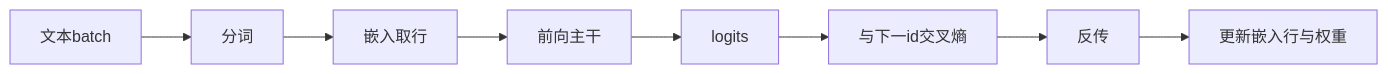
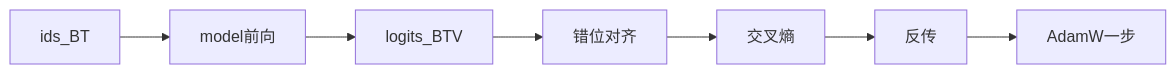
The diagram in web/src/content/beginner/cn/pretrain.md (chaxus/arche), drawn with Mermaid before and after one commit. The commit also changed other lines of this file and 13 other files, not shown here.

````diff
--- a/web/src/content/beginner/cn/pretrain.md
+++ b/web/src/content/beginner/cn/pretrain.md
@@ -38,10 +81,9 @@
 ```mermaid
 flowchart LR
-  data[文本batch] --> tok[分词]
-  tok --> emb[嵌入取行]
-  emb --> fwd[前向主干]
-  fwd --> logits[logits]
-  logits --> ce[与下一id交叉熵]
+  batch[ids_BT] --> fwd[model前向]
+  fwd --> logits[logits_BTV]
+  logits --> shift[错位对齐]
+  shift --> ce[交叉熵]
   ce --> bwd[反传]
-  bwd --> upd[更新嵌入行与权重]
+  bwd --> adam[AdamW一步]
 ```
````
